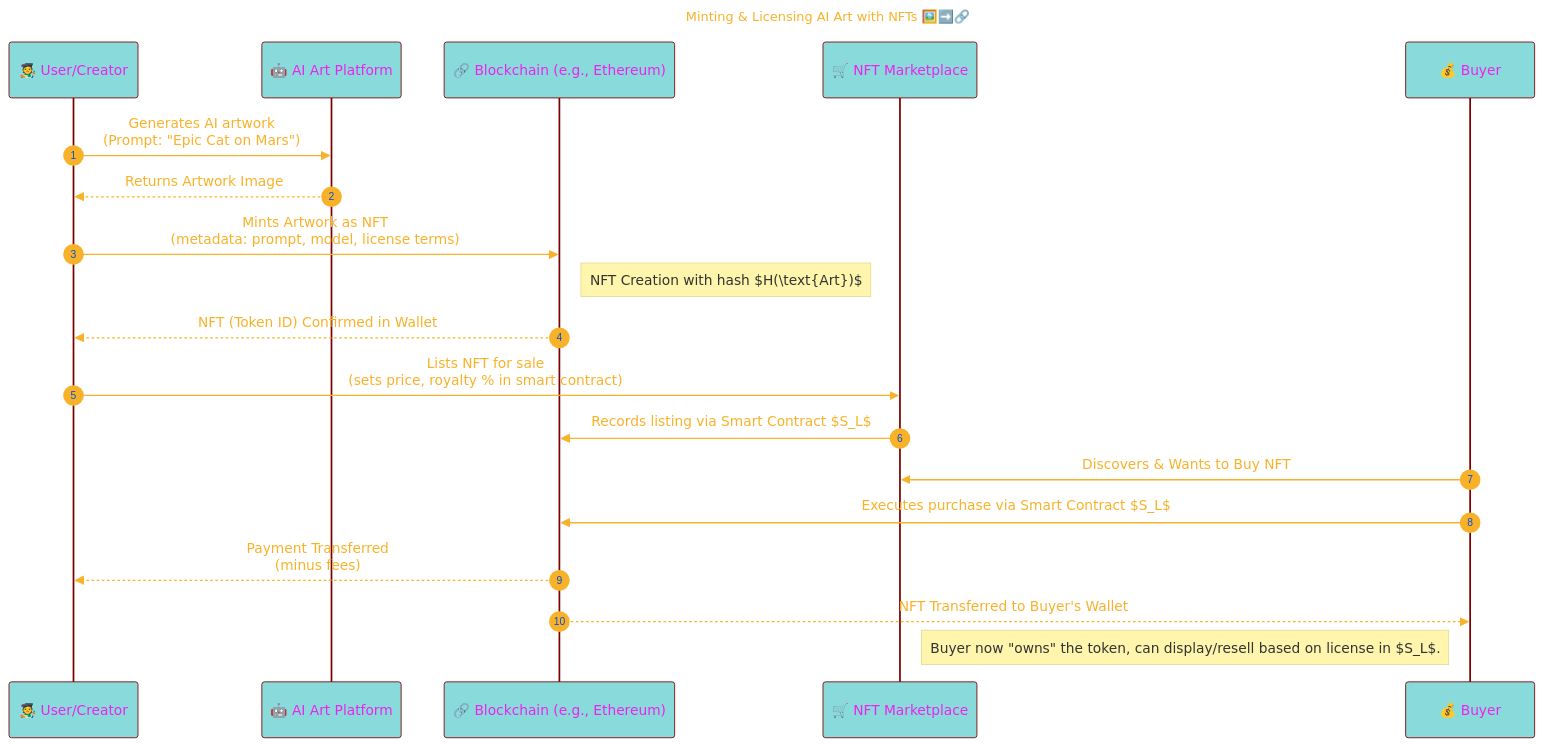
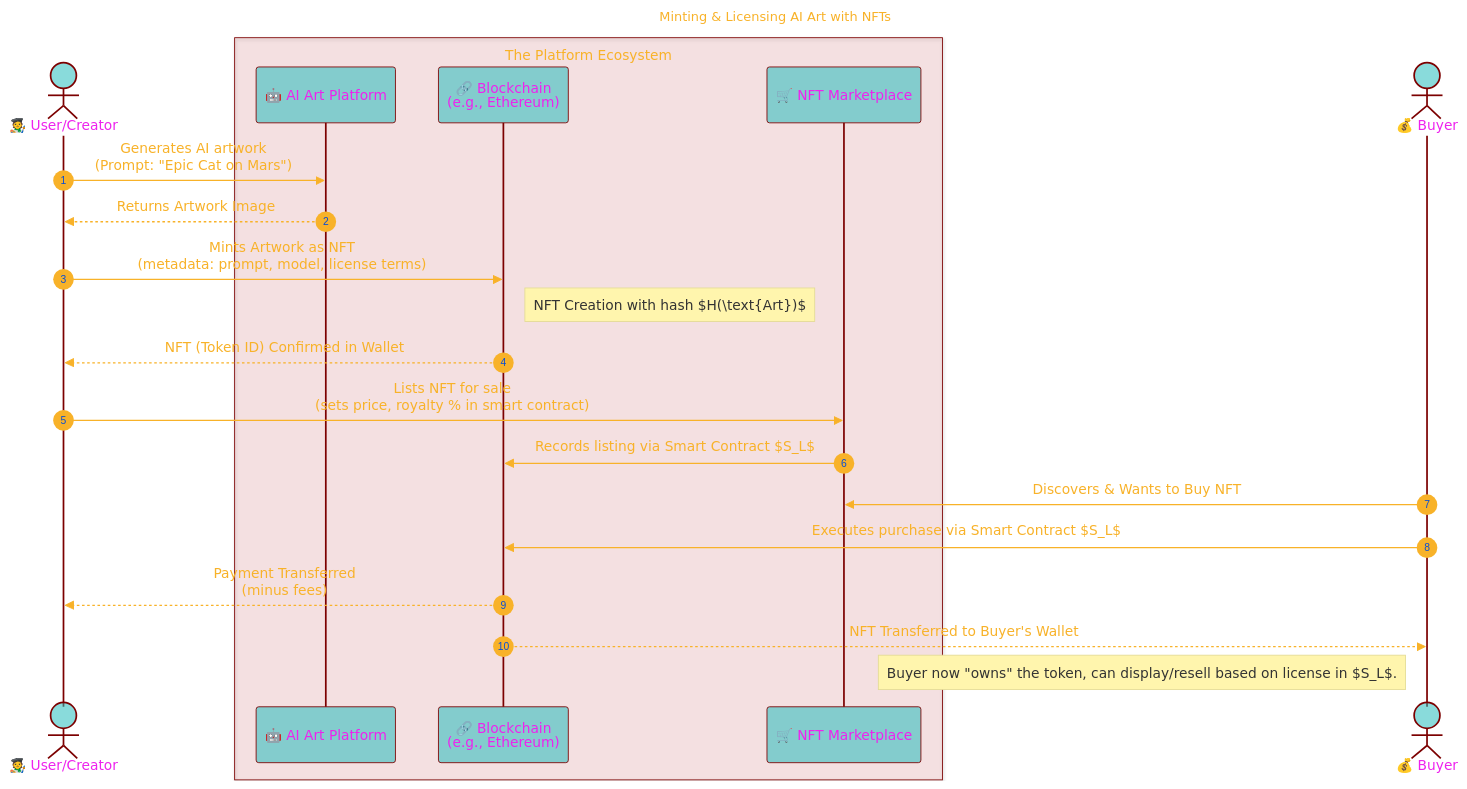
Before and after one commit to CongLeSolutionX/Digital-Bedrock-Landscape: the sixth of 7 diagrams in THE_PAST/PART-4_Consolidated_info.md, drawn with Mermaid. The commit also changed other lines of this file, not shown here.

Commit message:
update notes

````diff
--- a/THE_PAST/PART-4_Consolidated_info.md
+++ b/THE_PAST/PART-4_Consolidated_info.md
@@ -405,59 +408,54 @@
 ```mermaid
 ---
-title: "Minting & Licensing AI Art with NFTs 🖼️➡️🔗"
+title: "Minting & Licensing AI Art with NFTs"
 author: "Cong Le"
 version: "0.1"
 license(s): "MIT, CC BY 4.0"
 copyright: "Copyright (c) 2025 Cong Le. All Rights Reserved."
 config:
   layout: elk
   theme: base
 ---
 %%%%%%%% Mermaid version v11.4.1-b.14
 %%{
   init: {
-    'sequence': { 
-      'mirrorActors': true, 
-      'showSequenceNumbers': true, 
-      'actorMargin': 50,
-      'actorFontSize': 14,
-      'messageFontSize': 12
-    },
+    'sequence': { 'mirrorActors': true, 'showSequenceNumbers': true, 'actorMargin': 50 },
     'fontFamily': 'Monaco',
-    'logLevel': 'fatal',
     'themeVariables': {
       'primaryColor': '#2BB8',
       'primaryBorderColor': '#7C0000',
       'lineColor': '#F8B229',
       'secondaryColor': '#6122',
       'tertiaryColor': '#fff',
       'fontSize': '15px',
       'textColor': '#F8B229',
       'actorTextColor': '#E2E',
       'stroke':'#033',
       'stroke-width': '0.2px'
     }
   }
 }%%
 sequenceDiagram
-    participant User as 🧑‍🎨 User/Creator
-    participant AIP_Platform as 🤖 AI Art Platform
-    participant Blockchain as 🔗 Blockchain (e.g., Ethereum)
-    participant Marketplace as 🛒 NFT Marketplace
-    participant Buyer as 💰 Buyer
+    actor User as 🧑‍🎨 User/Creator
+	box rgb(202, 12, 22, 0.1) The Platform Ecosystem
+    	participant AIP_Platform as 🤖 AI Art Platform
+    	participant Blockchain as 🔗 Blockchain <br/>(e.g., Ethereum)
+    	participant Marketplace as 🛒 NFT Marketplace
+	end
+    actor Buyer as 💰 Buyer
 
-    User->>AIP_Platform: Generates AI artwork<br/>(Prompt: "Epic Cat on Mars")
+    User->>AIP_Platform: Generates AI artwork <br/>(Prompt: "Epic Cat on Mars")
     AIP_Platform-->>User: Returns Artwork Image
-    User->>Blockchain: Mints Artwork as NFT<br/>(metadata: prompt, model, license terms)
+    User->>Blockchain: Mints Artwork as NFT <br/>(metadata: prompt, model, license terms)
     Note right of Blockchain: NFT Creation with hash $H(\text{Art})$
     Blockchain-->>User: NFT (Token ID) Confirmed in Wallet
 
-    User->>Marketplace: Lists NFT for sale<br/>(sets price, royalty % in smart contract)
+    User->>Marketplace: Lists NFT for sale <br/>(sets price, royalty % in smart contract)
     Marketplace->>Blockchain: Records listing via Smart Contract $S_L$
 
     Buyer->>Marketplace: Discovers & Wants to Buy NFT
     Buyer->>Blockchain: Executes purchase via Smart Contract $S_L$
-    Blockchain-->>User: Payment Transferred<br/>(minus fees)
+    Blockchain-->>User: Payment Transferred <br/>(minus fees)
     Blockchain-->>Buyer: NFT Transferred to Buyer's Wallet
     Note left of Buyer: Buyer now "owns" the token, can display/resell based on license in $S_L$.
 ```
````
